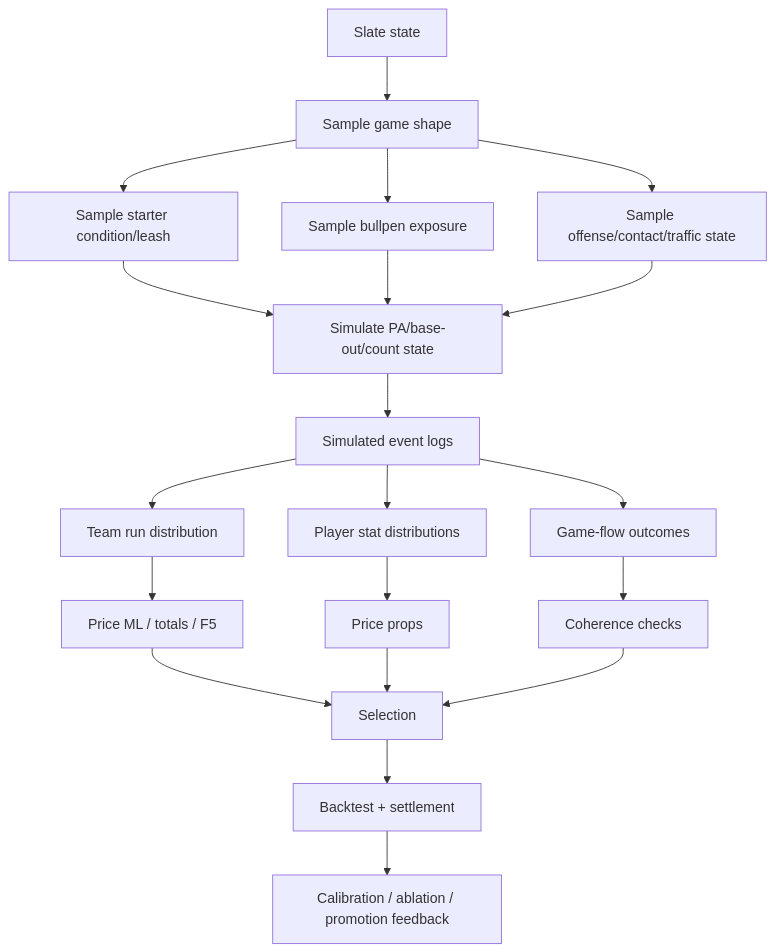
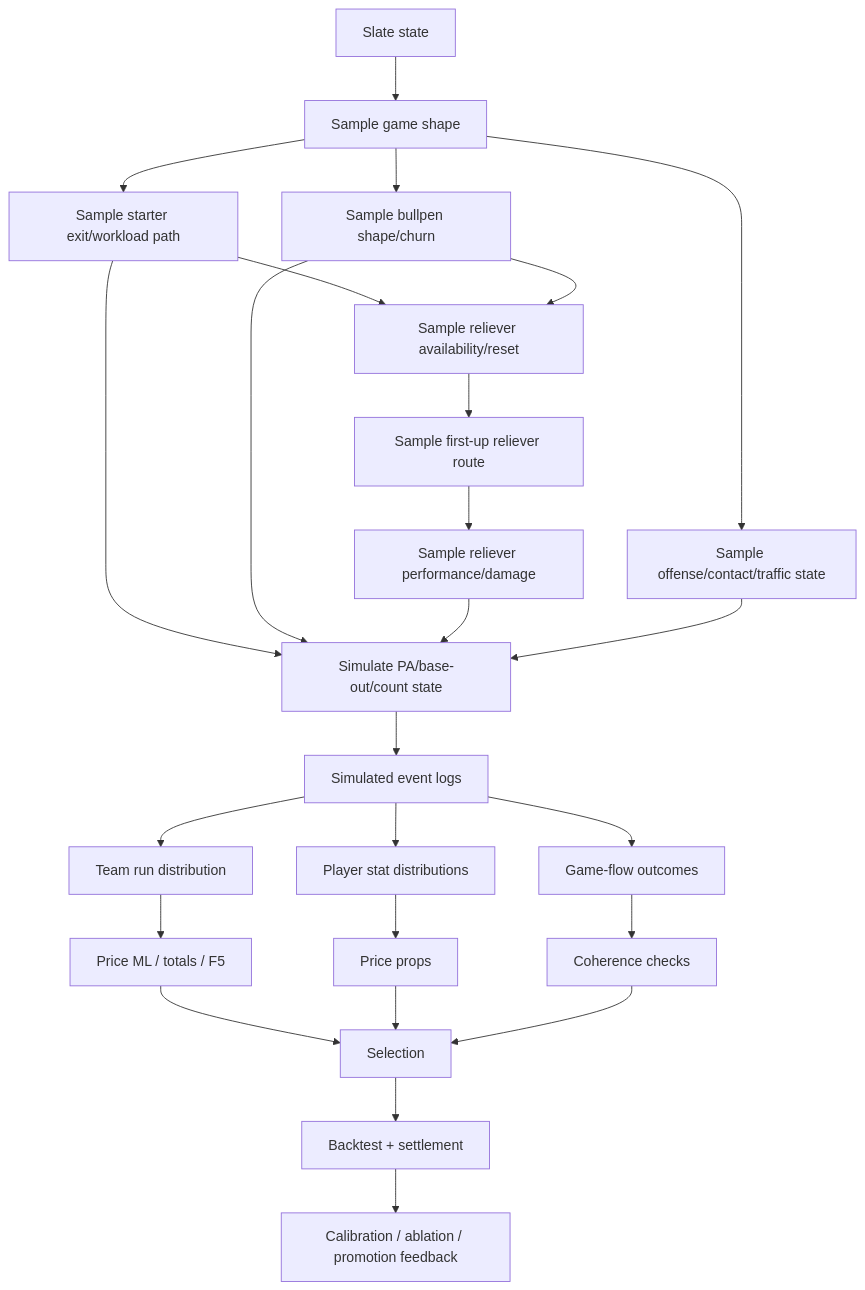
The second of 2 diagrams in development-docs/mlb/models/mlb-m3-hierarchical-simulator-architecture.md (jiancchen/SlateAi), drawn with Mermaid before and after one commit. The commit also changed other lines of this file and 6 other files, not shown here.

First line of the commit message:
Model starter exit and reliever routing in MLB-M3

````diff
--- a/development-docs/mlb/models/mlb-m3-hierarchical-simulator-architecture.md
+++ b/development-docs/mlb/models/mlb-m3-hierarchical-simulator-architecture.md
@@ -105,25 +111,30 @@
 ```mermaid
 flowchart TD
   S["Slate state"] --> GS["Sample game shape"]
-  GS --> SP["Sample starter condition/leash"]
-  GS --> BP["Sample bullpen exposure"]
+  GS --> SP["Sample starter exit/workload path"]
+  GS --> BP["Sample bullpen shape/churn"]
+  SP --> RA["Sample reliever availability/reset"]
+  BP --> RA
+  RA --> RR["Sample first-up reliever route"]
+  RR --> RP["Sample reliever performance/damage"]
   GS --> OFF["Sample offense/contact/traffic state"]
 
   SP --> SIM["Simulate PA/base-out/count state"]
   BP --> SIM
+  RP --> SIM
   OFF --> SIM
 
   SIM --> LOG["Simulated event logs"]
   LOG --> TR["Team run distribution"]
   LOG --> PR["Player stat distributions"]
   LOG --> GF["Game-flow outcomes"]
 
   TR --> MK["Price ML / totals / F5"]
   PR --> PK["Price props"]
   GF --> CK["Coherence checks"]
   MK --> SEL["Selection"]
   PK --> SEL
   CK --> SEL
   SEL --> BT["Backtest + settlement"]
   BT --> FB["Calibration / ablation / promotion feedback"]
 ```
````
